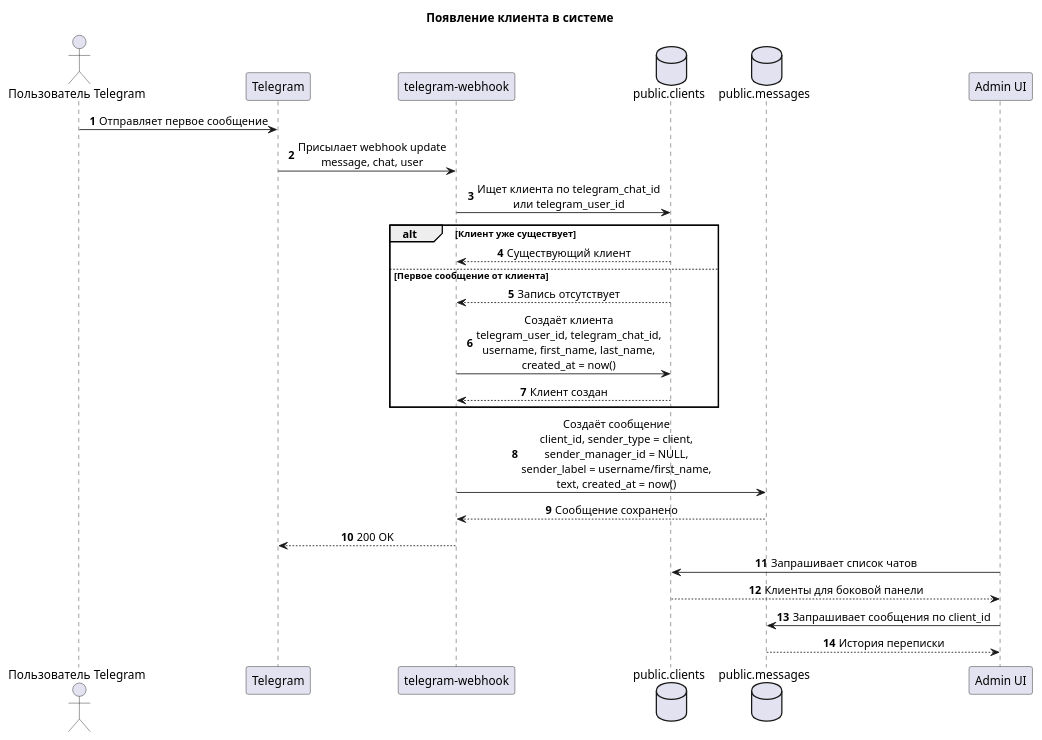
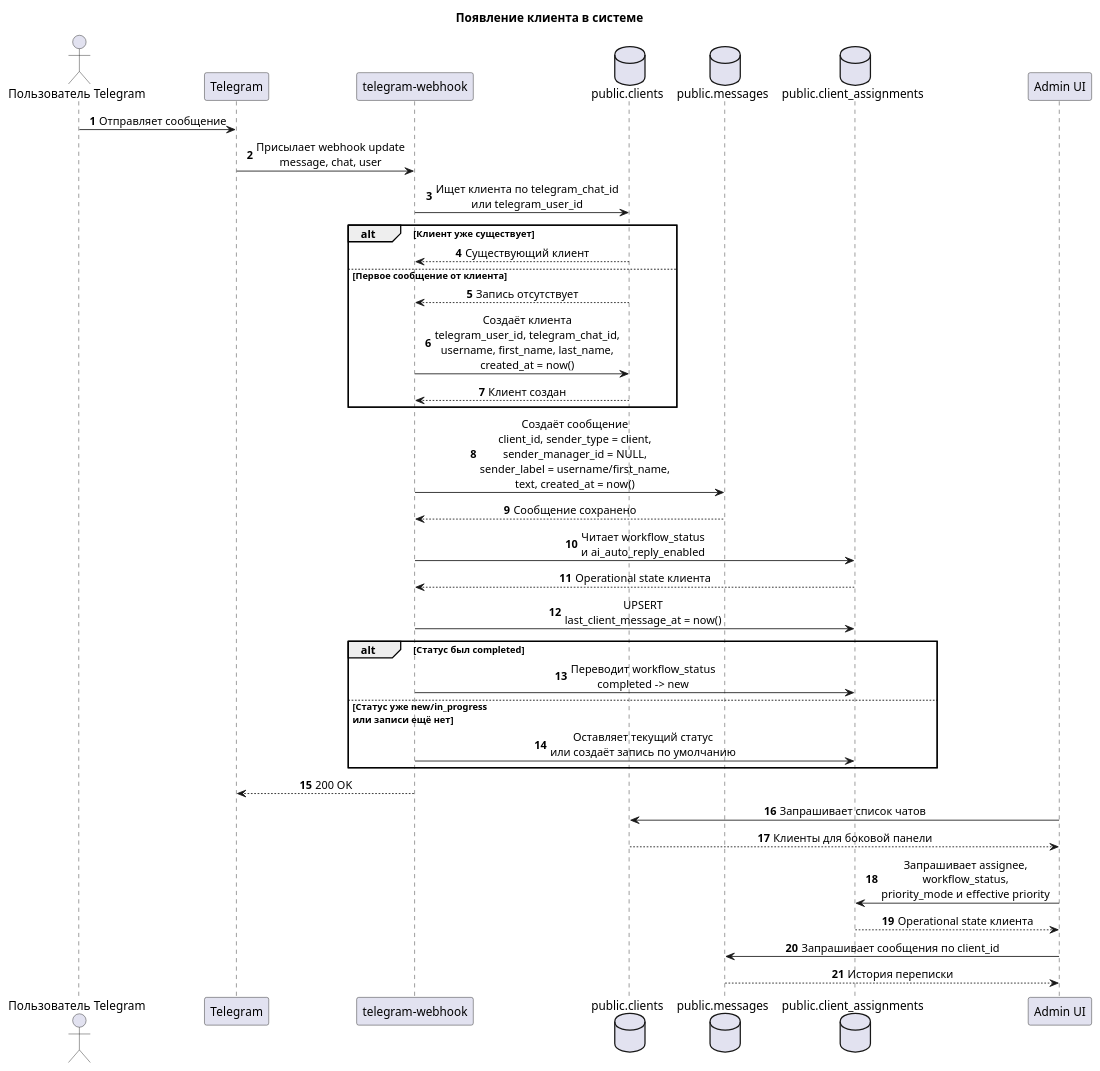
Before and after one commit to Ilja-Prihach/Full_Stack_Bot.-: the diagram in docs/sequence/02-client-appears-in-system.puml, drawn with PlantUML. The commit also changed 6 other files, not shown here.

Commit message:
Update architecture diagrams for workflow and AI flow

```diff
--- a/docs/sequence/02-client-appears-in-system.puml
+++ b/docs/sequence/02-client-appears-in-system.puml
@@ -1,37 +1,51 @@
 @startuml
 title Появление клиента в системе
 
 autonumber
 skinparam shadowing false
 skinparam sequenceMessageAlign center
 skinparam responseMessageBelowArrow true
 
 actor "Пользователь Telegram" as tg_user
 participant "Telegram" as telegram
 participant "telegram-webhook" as webhook
 database "public.clients" as clients
 database "public.messages" as messages
+database "public.client_assignments" as assignments
 participant "Admin UI" as ui
 
-tg_user -> telegram : Отправляет первое сообщение
+tg_user -> telegram : Отправляет сообщение
 telegram -> webhook : Присылает webhook update\nmessage, chat, user
 webhook -> clients : Ищет клиента по telegram_chat_id\nили telegram_user_id
 
 alt Клиент уже существует
   clients --> webhook : Существующий клиент
 else Первое сообщение от клиента
   clients --> webhook : Запись отсутствует
   webhook -> clients : Создаёт клиента\ntelegram_user_id, telegram_chat_id,\nusername, first_name, last_name,\ncreated_at = now()
   clients --> webhook : Клиент создан
 end
 
 webhook -> messages : Создаёт сообщение\nclient_id, sender_type = client,\nsender_manager_id = NULL,\nsender_label = username/first_name,\ntext, created_at = now()
 messages --> webhook : Сообщение сохранено
+
+webhook -> assignments : Читает workflow_status\nи ai_auto_reply_enabled
+assignments --> webhook : Operational state клиента
+webhook -> assignments : UPSERT\nlast_client_message_at = now()
+
+alt Статус был completed
+  webhook -> assignments : Переводит workflow_status\ncompleted -> new
+else Статус уже new/in_progress\nили записи ещё нет
+  webhook -> assignments : Оставляет текущий статус\nили создаёт запись по умолчанию
+end
+
 webhook --> telegram : 200 OK
 
 ui -> clients : Запрашивает список чатов
 clients --> ui : Клиенты для боковой панели
+ui -> assignments : Запрашивает assignee,\nworkflow_status,\npriority_mode и effective priority
+assignments --> ui : Operational state клиента
 ui -> messages : Запрашивает сообщения по client_id
 messages --> ui : История переписки
 
 @enduml
```
